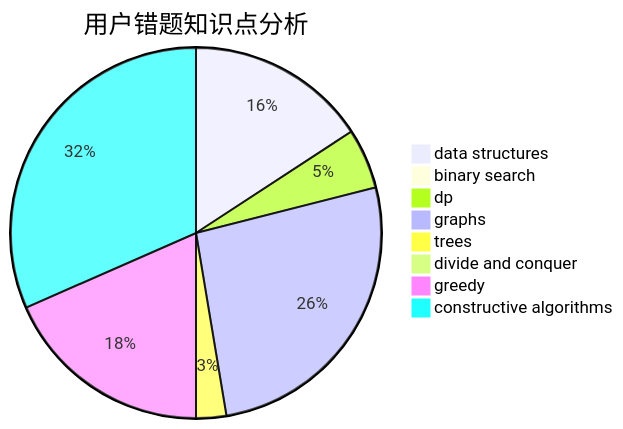
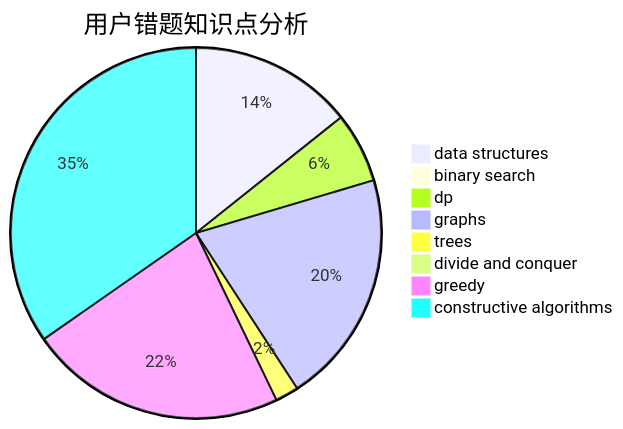
Before and after one commit to sherpahu/cfrs.github.io: the third of 3 diagrams in docs/user/u1344.md, drawn with Mermaid. The commit also changed other lines of this file and 2770 other files, not shown here.

````diff
--- a/docs/user/u1344.md
+++ b/docs/user/u1344.md
@@ -36,11 +36,11 @@
 ```mermaid
 pie title 用户错题知识点分析
-    "data structures" :  6
+    "data structures" :  7
     "binary search" :  0
-    "dp" :  2
+    "dp" :  3
     "graphs" :  10
     "trees" :  1
     "divide and conquer" :  0
-    "greedy" :  7
-    "constructive algorithms" :  12
+    "greedy" :  11
+    "constructive algorithms" :  17
 ```
````
